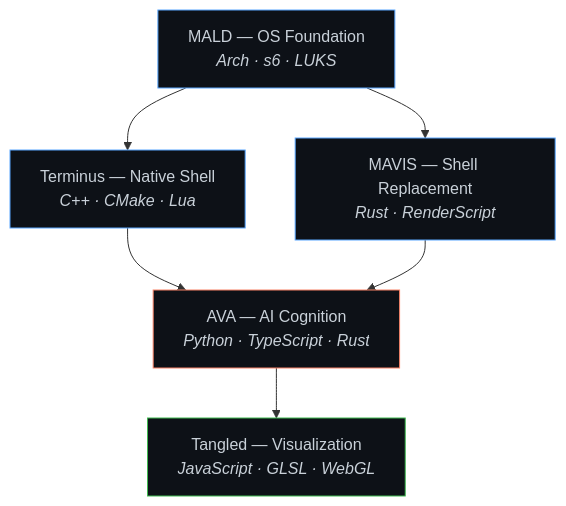
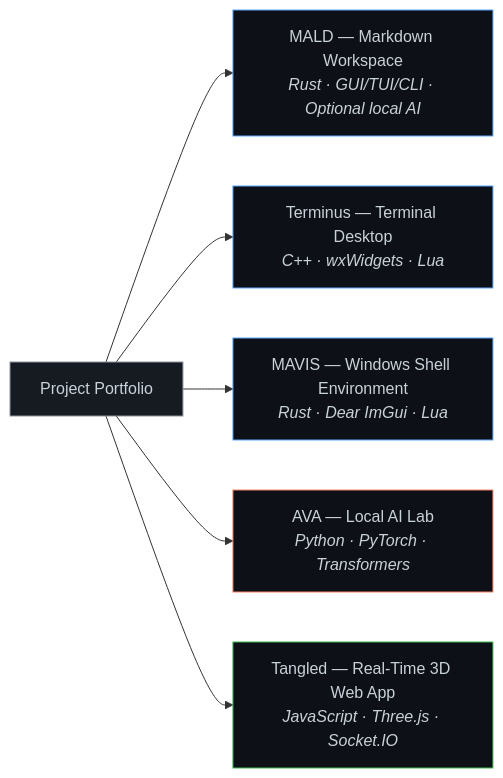
The diagram in README.md (NAME0x0/NAME0x0), drawn with Mermaid before and after one commit. The commit also changed other lines of this file and 2 other files, not shown here.

````diff
--- a/README.md
+++ b/README.md
@@ -29,14 +29,15 @@
 ```mermaid
-graph TD
-    A["MALD — OS Foundation<br/><i>Arch · s6 · LUKS</i>"] --> B["Terminus — Native Shell<br/><i>C++ · CMake · Lua</i>"]
-    A --> C["MAVIS — Shell Replacement<br/><i>Rust · RenderScript</i>"]
-    B --> D["AVA — AI Cognition<br/><i>Python · TypeScript · Rust</i>"]
-    C --> D
-    D --> E["Tangled — Visualization<br/><i>JavaScript · GLSL · WebGL</i>"]
+flowchart LR
+    A["Project Portfolio"] --> B["MALD — Markdown Workspace<br/><i>Rust · GUI/TUI/CLI · Optional local AI</i>"]
+    A --> C["Terminus — Terminal Desktop<br/><i>C++ · wxWidgets · Lua</i>"]
+    A --> D["MAVIS — Windows Shell Environment<br/><i>Rust · Dear ImGui · Lua</i>"]
+    A --> E["AVA — Local AI Lab<br/><i>Python · PyTorch · Transformers</i>"]
+    A --> F["Tangled — Real-Time 3D Web App<br/><i>JavaScript · Three.js · Socket.IO</i>"]
 
-    style A fill:#0d1117,stroke:#58a6ff,color:#c9d1d9
+    style A fill:#161b22,stroke:#8b949e,color:#c9d1d9
     style B fill:#0d1117,stroke:#58a6ff,color:#c9d1d9
     style C fill:#0d1117,stroke:#58a6ff,color:#c9d1d9
-    style D fill:#0d1117,stroke:#f78166,color:#c9d1d9
-    style E fill:#0d1117,stroke:#3fb950,color:#c9d1d9
+    style D fill:#0d1117,stroke:#58a6ff,color:#c9d1d9
+    style E fill:#0d1117,stroke:#f78166,color:#c9d1d9
+    style F fill:#0d1117,stroke:#3fb950,color:#c9d1d9
 ```
````
